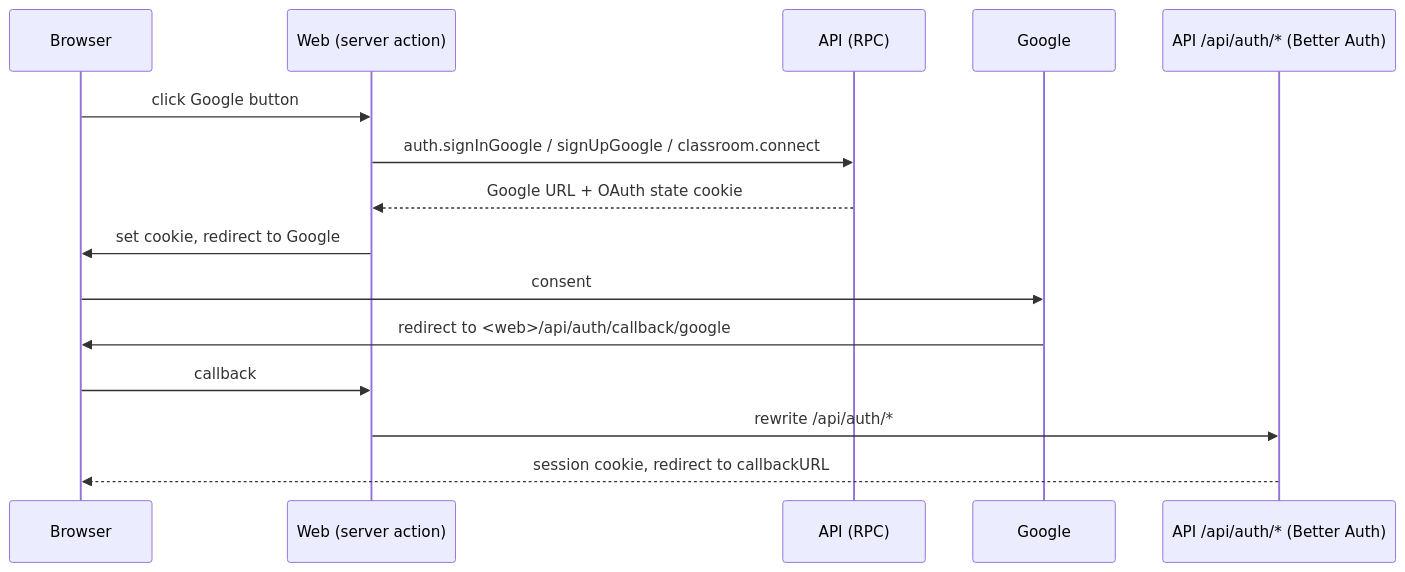
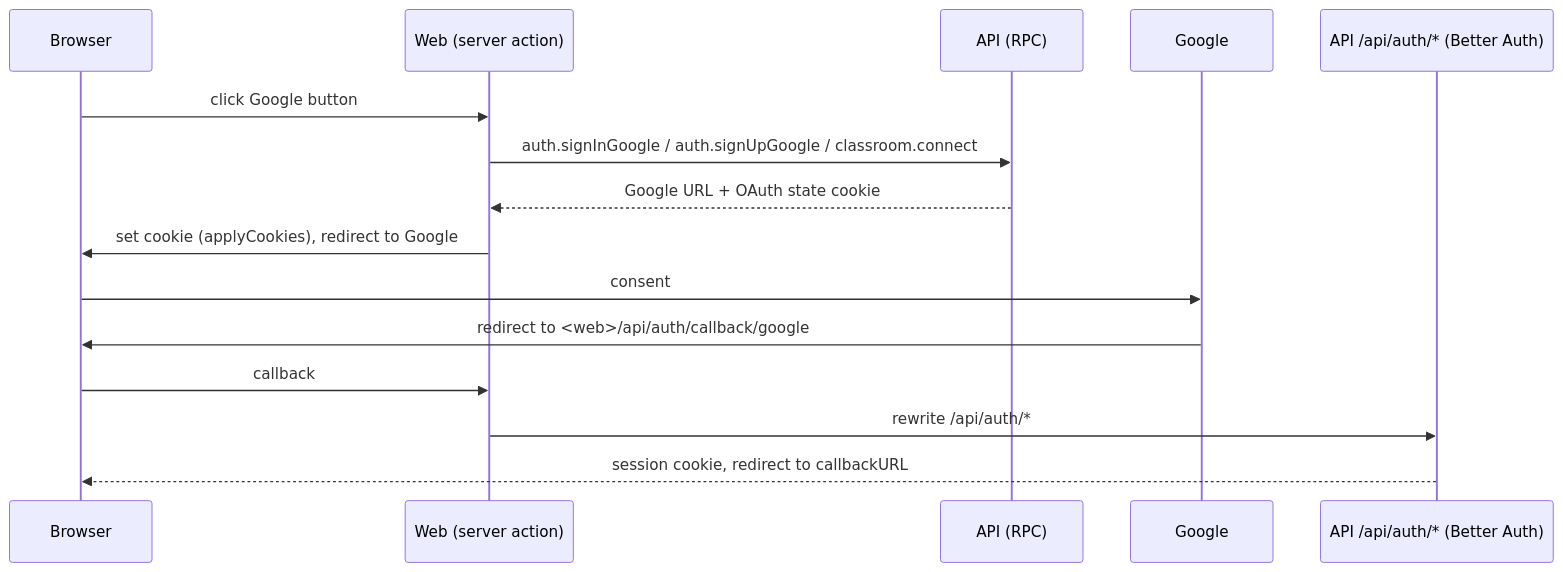
The diagram in openwiki/integrations/google-classroom.md (ejluv143/ExamSIC), drawn with Mermaid before and after one commit. The commit also changed other lines of this file and 54 other files, not shown here.

````diff
--- a/openwiki/integrations/google-classroom.md
+++ b/openwiki/integrations/google-classroom.md
@@ -29,17 +41,17 @@
 ```mermaid
 sequenceDiagram
   participant B as Browser
   participant W as Web (server action)
   participant A as API (RPC)
   participant G as Google
   participant BA as API /api/auth/* (Better Auth)
   B->>W: click Google button
-  W->>A: auth.signInGoogle / signUpGoogle / classroom.connect
+  W->>A: auth.signInGoogle / auth.signUpGoogle / classroom.connect
   A-->>W: Google URL + OAuth state cookie
-  W->>B: set cookie, redirect to Google
+  W->>B: set cookie (applyCookies), redirect to Google
   B->>G: consent
   G->>B: redirect to <web>/api/auth/callback/google
   B->>W: callback
   W->>BA: rewrite /api/auth/*
   BA-->>B: session cookie, redirect to callbackURL
 ```
````
